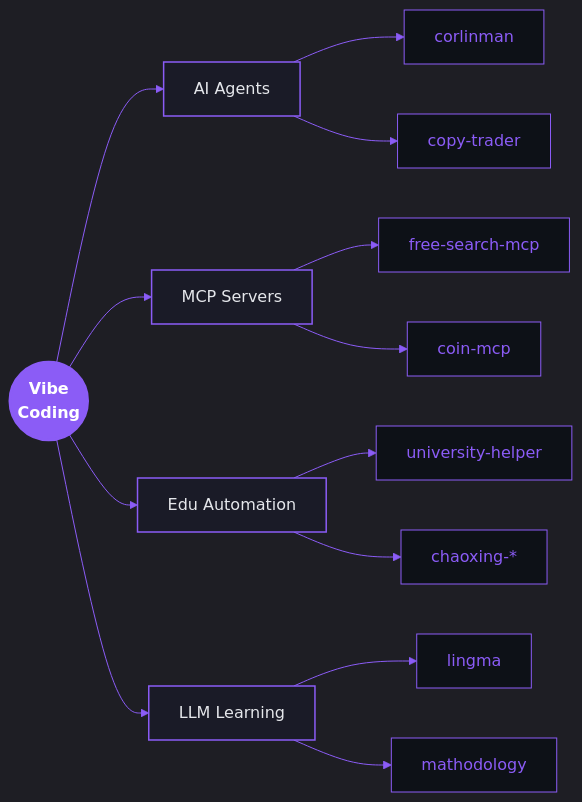
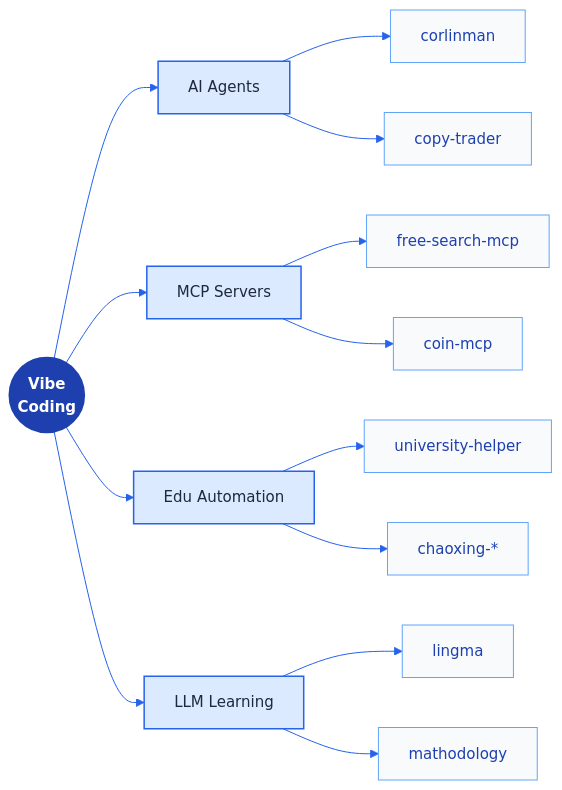
One commit to sweetcornna/sweetcornna changed the diagram in README.md. Above: the diagram before and after it, drawn with Mermaid. The commit also changed other lines of this file and 6 other files, not shown here.

````diff
--- a/README.md
+++ b/README.md
@@ -72,21 +76,21 @@
 ```mermaid
-%%{init: {'theme':'dark', 'themeVariables': {'primaryColor':'#0D1117','primaryTextColor':'#E5E7EB','primaryBorderColor':'#8B5CF6','lineColor':'#8B5CF6','tertiaryColor':'#0D1117','fontFamily':'Space Grotesk'}}}%%
+%%{init: {'theme':'base', 'themeVariables': {'primaryColor':'#DBEAFE','primaryTextColor':'#1E293B','primaryBorderColor':'#1E40AF','lineColor':'#2563EB','tertiaryColor':'#F8FAFC','fontFamily':'Space Grotesk','fontSize':'15px'}}}%%
 graph LR
     V((Vibe<br/>Coding)):::core
-    V --> A[AI Agents]:::ai
-    V --> M[MCP Servers]:::ai
-    V --> R[Edu Automation]:::ai
-    A --> P1[corlinman]:::prj
-    A --> P2[copy-trader]:::prj
-    M --> P3[free-search-mcp]:::prj
-    M --> P4[coin-mcp]:::prj
-    R --> P5[university-helper]:::prj
-    R --> P6[chaoxing-*]:::prj
-    V --> L[LLM Learning]:::ai
-    L --> P7[lingma]:::prj
-    L --> P8[mathodology]:::prj
+    V --> A[AI Agents]:::node
+    V --> M[MCP Servers]:::node
+    V --> R[Edu Automation]:::node
+    A --> P1[corlinman]:::leaf
+    A --> P2[copy-trader]:::leaf
+    M --> P3[free-search-mcp]:::leaf
+    M --> P4[coin-mcp]:::leaf
+    R --> P5[university-helper]:::leaf
+    R --> P6[chaoxing-*]:::leaf
+    V --> L[LLM Learning]:::node
+    L --> P7[lingma]:::leaf
+    L --> P8[mathodology]:::leaf
 
-    classDef core fill:#8B5CF6,stroke:#8B5CF6,stroke-width:3px,color:#fff,font-weight:bold
-    classDef ai fill:#1A1B27,stroke:#8B5CF6,stroke-width:1.5px,color:#E5E7EB
-    classDef prj fill:#0D1117,stroke:#8B5CF6,stroke-width:1px,color:#8B5CF6
+    classDef core fill:#1E40AF,stroke:#1E40AF,stroke-width:3px,color:#fff,font-weight:bold
+    classDef node fill:#DBEAFE,stroke:#2563EB,stroke-width:1.5px,color:#1E293B
+    classDef leaf fill:#F8FAFC,stroke:#60A5FA,stroke-width:1px,color:#1E40AF
 ```
````
